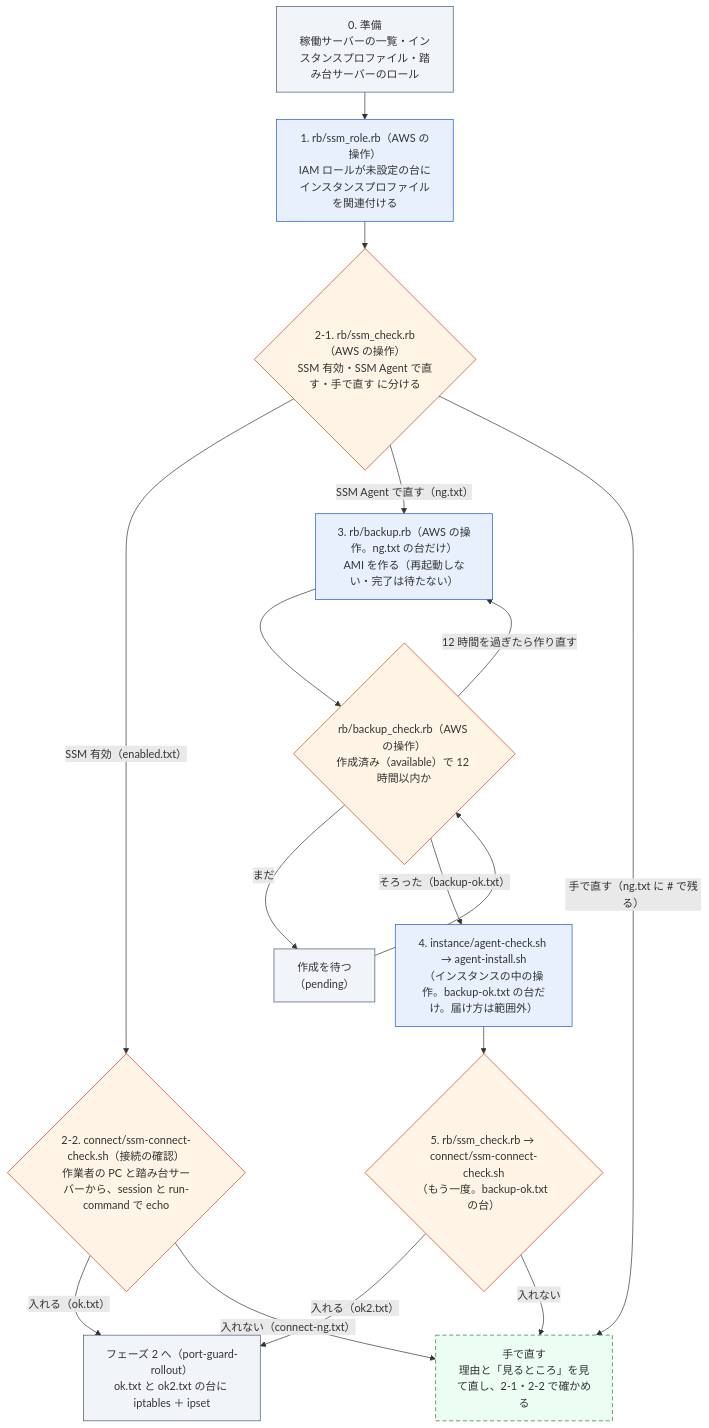
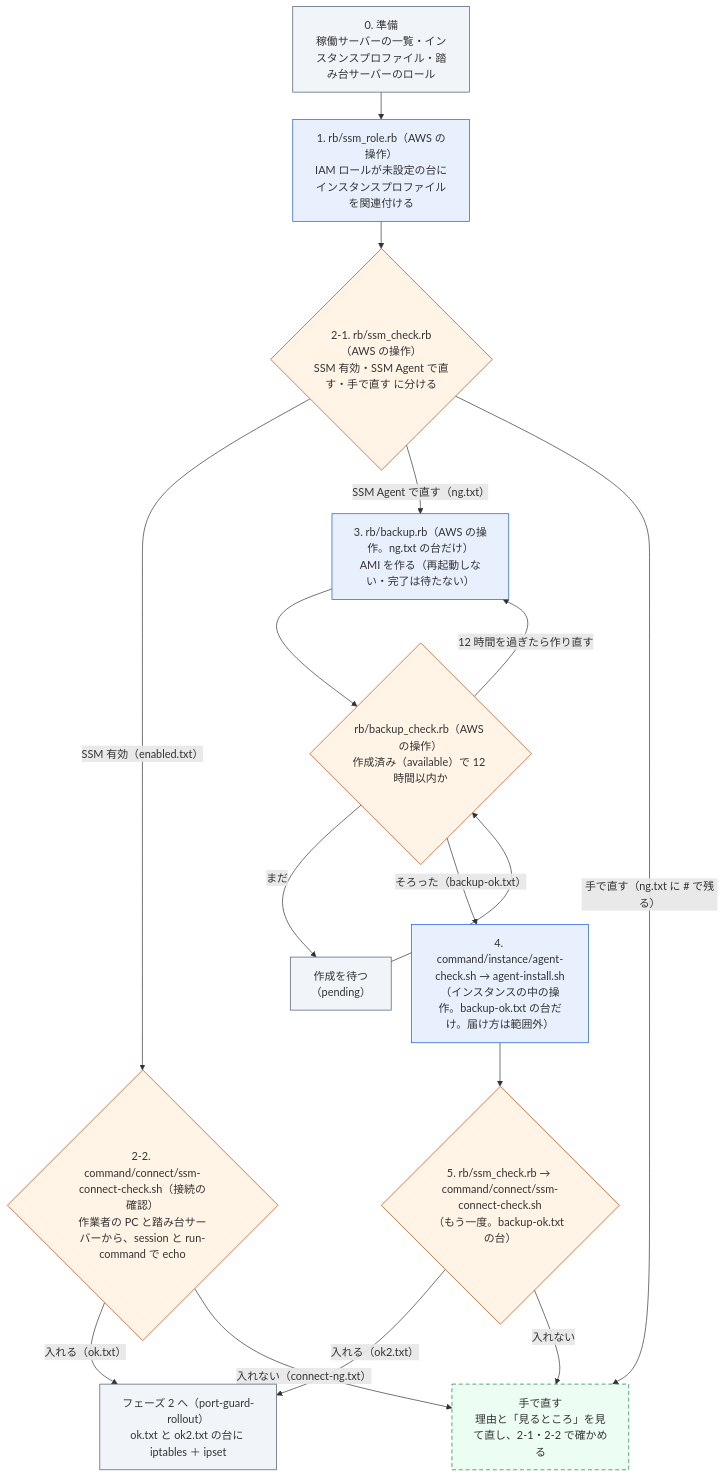
The first of 2 diagrams in docs/ec2/ssm-setup/steps.md (rxsxkxd/pk), drawn with Mermaid before and after one commit. The commit also changed other lines of this file and 31 other files, not shown here.

````diff
--- a/docs/ec2/ssm-setup/steps.md
+++ b/docs/ec2/ssm-setup/steps.md
@@ -35,36 +35,36 @@
 ```mermaid
 %%{init: {"themeVariables": {"fontSize": "16px"}, "flowchart": {"nodeSpacing": 30, "rankSpacing": 40}}}%%
 flowchart TD
     Prep["0. 準備<br>稼働サーバーの一覧・インスタンスプロファイル・踏み台サーバーのロール"]
     Role["1. rb/ssm_role.rb（AWS の操作）<br>IAM ロールが未設定の台にインスタンスプロファイルを関連付ける"]
     SsmCheck{"2-1. rb/ssm_check.rb（AWS の操作）<br>SSM 有効・SSM Agent で直す・手で直す に分ける"}
-    Connect{"2-2. connect/ssm-connect-check.sh（接続の確認）<br>作業者の PC と踏み台サーバーから、session と run-command で echo"}
+    Connect{"2-2. command/connect/ssm-connect-check.sh（接続の確認）<br>作業者の PC と踏み台サーバーから、session と run-command で echo"}
     Backup["3. rb/backup.rb（AWS の操作。ng.txt の台だけ）<br>AMI を作る（再起動しない・完了は待たない）"]
     Check{"rb/backup_check.rb（AWS の操作）<br>作成済み（available）で 12 時間以内か"}
     Wait["作成を待つ<br>（pending）"]
-    Agent["4. instance/agent-check.sh → agent-install.sh<br>（インスタンスの中の操作。backup-ok.txt の台だけ。届け方は範囲外）"]
-    Recheck{"5. rb/ssm_check.rb → connect/ssm-connect-check.sh<br>（もう一度。backup-ok.txt の台）"}
+    Agent["4. command/instance/agent-check.sh → agent-install.sh<br>（インスタンスの中の操作。backup-ok.txt の台だけ。届け方は範囲外）"]
+    Recheck{"5. rb/ssm_check.rb → command/connect/ssm-connect-check.sh<br>（もう一度。backup-ok.txt の台）"}
     Manual["手で直す<br>理由と「見るところ」を見て直し、2-1・2-2 で確かめる"]
     Next["フェーズ 2 へ（port-guard-rollout）<br>ok.txt と ok2.txt の台に iptables ＋ ipset"]
 
     Prep --> Role --> SsmCheck
     SsmCheck -->|"SSM 有効（enabled.txt）"| Connect
     Connect -->|"入れる（ok.txt）"| Next
     Connect -->|"入れない（connect-ng.txt）"| Manual
     SsmCheck -->|"SSM Agent で直す（ng.txt）"| Backup --> Check
     SsmCheck -->|"手で直す（ng.txt に # で残る）"| Manual
     Check -->|まだ| Wait --> Check
     Check -->|12 時間を過ぎたら作り直す| Backup
     Check -->|"そろった（backup-ok.txt）"| Agent --> Recheck
     Recheck -->|"入れる（ok2.txt）"| Next
     Recheck -->|入れない| Manual
 
     classDef command fill:#e8f0fe,stroke:#1a56db
     classDef check fill:#fff4e5,stroke:#c2410c
     classDef manual fill:#ecfdf3,stroke:#15803d,stroke-dasharray:6 4
     classDef done fill:#f1f5f9,stroke:#475569
     class Role,Backup,Agent command
     class SsmCheck,Connect,Check,Recheck check
     class Manual manual
     class Prep,Wait,Next done
 ```
````
